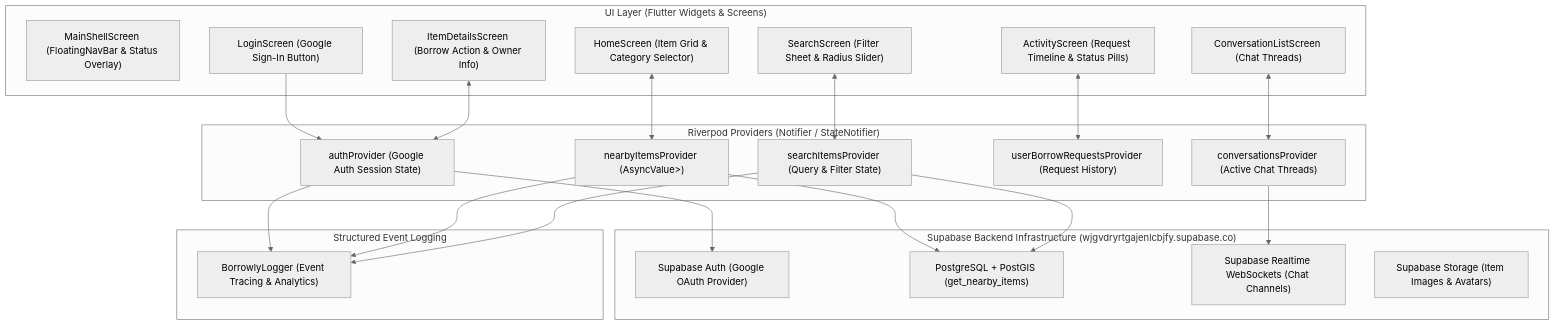
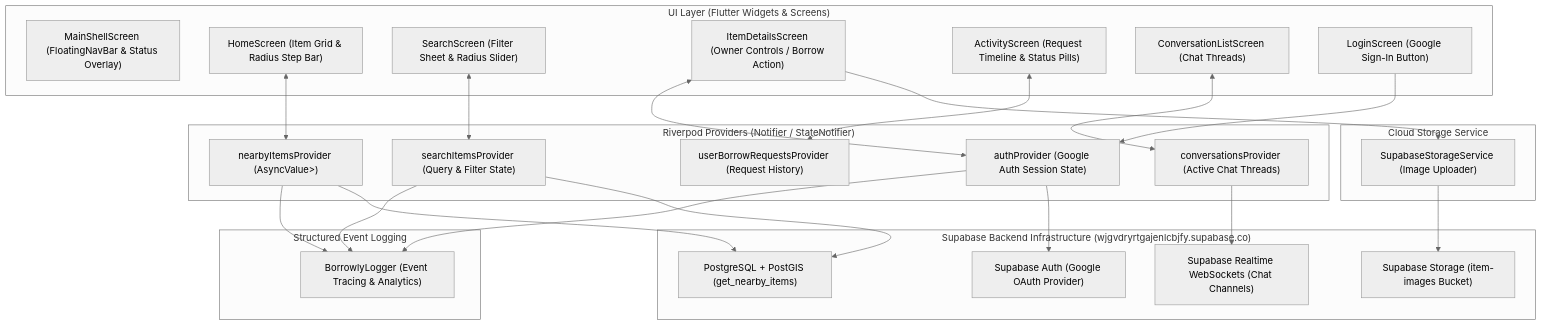
Before and after one commit to AnsilKM/Borrowly: the first of 2 diagrams in ARCHITECTURE.md, drawn with Mermaid (neutral theme). The commit also changed other lines of this file and 67 other files, not shown here.

Commit message:
feat: initialize project architecture, authentication, item management, and navigation features

````diff
--- a/ARCHITECTURE.md
+++ b/ARCHITECTURE.md
@@ -33,48 +35,54 @@
 ```mermaid
 graph TD
     subgraph UI Layer ["UI Layer (Flutter Widgets & Screens)"]
         MainShellScreen["MainShellScreen (FloatingNavBar & Status Overlay)"]
-        HomeScreen["HomeScreen (Item Grid & Category Selector)"]
+        HomeScreen["HomeScreen (Item Grid & Radius Step Bar)"]
         SearchScreen["SearchScreen (Filter Sheet & Radius Slider)"]
-        ItemDetailsScreen["ItemDetailsScreen (Borrow Action & Owner Info)"]
+        ItemDetailsScreen["ItemDetailsScreen (Owner Controls / Borrow Action)"]
         ActivityScreen["ActivityScreen (Request Timeline & Status Pills)"]
         ConversationListScreen["ConversationListScreen (Chat Threads)"]
         LoginScreen["LoginScreen (Google Sign-In Button)"]
     end
 
     subgraph Logger ["Structured Event Logging"]
         BorrowlyLogger["BorrowlyLogger (Event Tracing & Analytics)"]
+    end
+
+    subgraph Storage ["Cloud Storage Service"]
+        SupabaseStorageService["SupabaseStorageService (Image Uploader)"]
     end
 
     subgraph Presentation & State Layer ["Riverpod Providers (Notifier / StateNotifier)"]
         AuthNotifier["authProvider (Google Auth Session State)"]
         NearbyItemsProvider["nearbyItemsProvider (AsyncValue<List<ItemEntity>>)"]
         SearchNotifier["searchItemsProvider (Query & Filter State)"]
         BorrowRequestNotifier["userBorrowRequestsProvider (Request History)"]
         ChatNotifier["conversationsProvider (Active Chat Threads)"]
     end
 
     subgraph Backend Services ["Supabase Backend Infrastructure (wjgvdryrtgajenlcbjfy.supabase.co)"]
         SupabaseAuth["Supabase Auth (Google OAuth Provider)"]
         PostGISDB["PostgreSQL + PostGIS (get_nearby_items)"]
         RealtimeSockets["Supabase Realtime WebSockets (Chat Channels)"]
-        StorageCDN["Supabase Storage (Item Images & Avatars)"]
+        StorageCDN["Supabase Storage (item-images Bucket)"]
     end
 
     %% Wiring
     LoginScreen --> AuthNotifier
     HomeScreen <--> NearbyItemsProvider
     SearchScreen <--> SearchNotifier
     ItemDetailsScreen <--> AuthNotifier
+    ItemDetailsScreen --> SupabaseStorageService
     ActivityScreen <--> BorrowRequestNotifier
     ConversationListScreen <--> ChatNotifier
 
     AuthNotifier --> BorrowlyLogger
     NearbyItemsProvider --> BorrowlyLogger
     SearchNotifier --> BorrowlyLogger
+    SupabaseStorageService --> StorageCDN
 
     AuthNotifier --> SupabaseAuth
     NearbyItemsProvider --> PostGISDB
     SearchNotifier --> PostGISDB
     ChatNotifier --> RealtimeSockets
 ```
````
